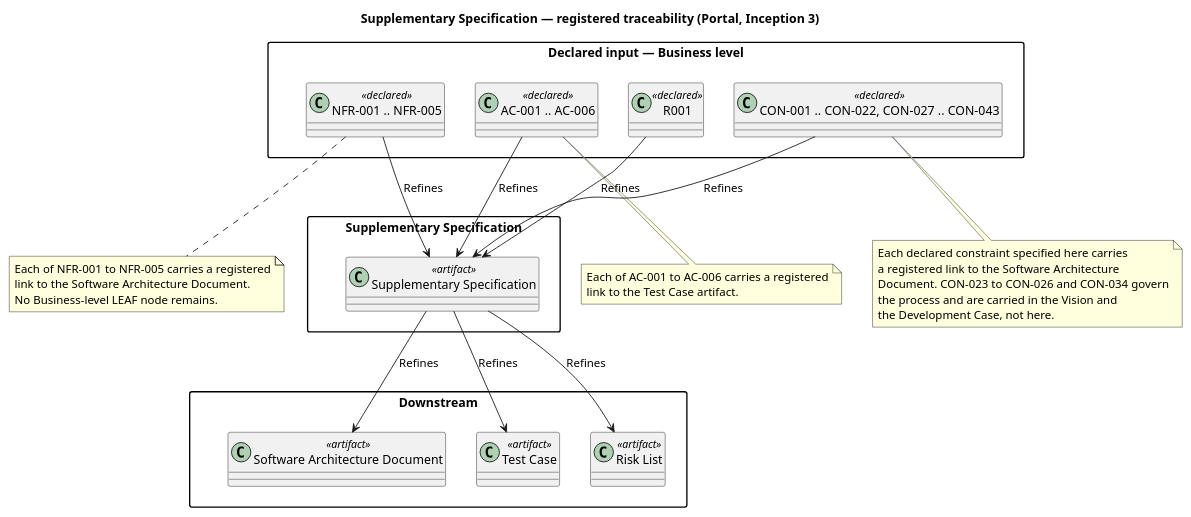
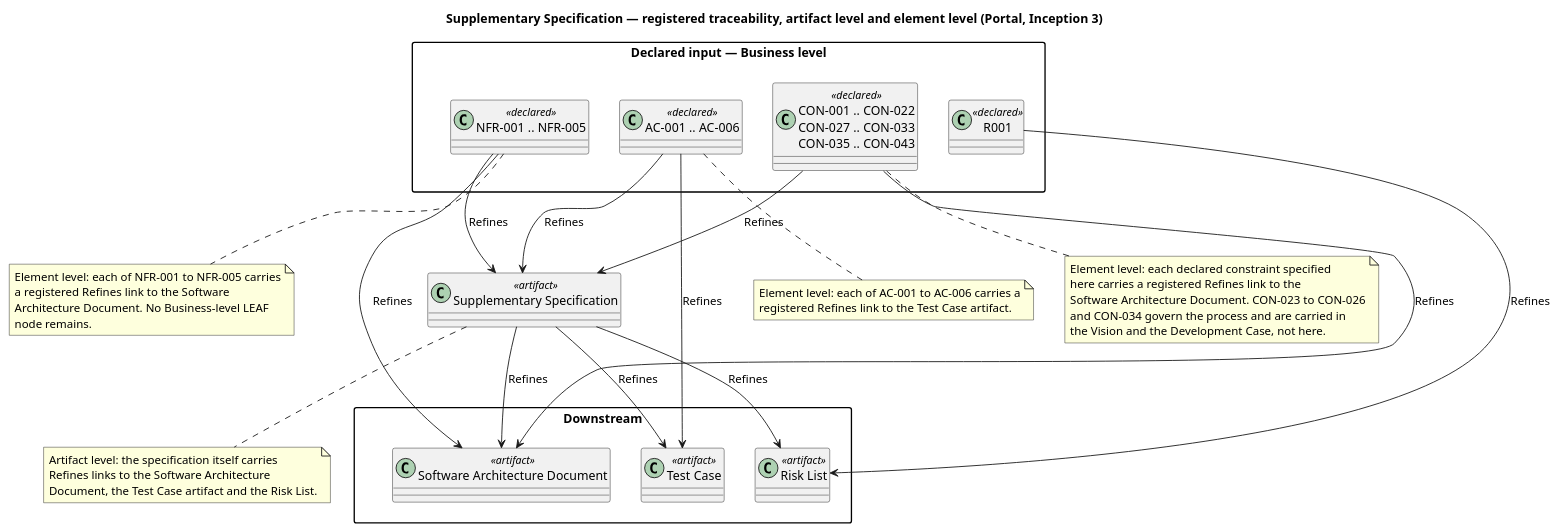
Before and after one commit to banense-test/portal: the fourth of 4 diagrams in docs/artifacts/requirements/supplementary-specification.md, drawn with PlantUML. The commit also changed other lines of this file, not shown here.

Commit message:
System Analyst [I3]: upsert Supplementary Specification
[skip ci]

````diff
--- a/docs/artifacts/requirements/supplementary-specification.md
+++ b/docs/artifacts/requirements/supplementary-specification.md
@@ -400,55 +403,63 @@
 ```plantuml
 @startuml
-title Supplementary Specification — registered traceability (Portal, Inception 3)
+title Supplementary Specification — registered traceability, artifact level and element level (Portal, Inception 3)
 
 skinparam classAttributeIconSize 0
 skinparam packageStyle rectangle
 
 package "Declared input — Business level" as DECL {
   class "NFR-001 .. NFR-005" as NFR <<declared>>
   class "AC-001 .. AC-006" as AC <<declared>>
-  class "CON-001 .. CON-022, CON-027 .. CON-043" as CON <<declared>>
+  class "CON-001 .. CON-022\nCON-027 .. CON-033\nCON-035 .. CON-043" as CON <<declared>>
   class "R001" as R <<declared>>
 }
 
-package "Supplementary Specification" as SS {
-  class "Supplementary Specification" as SSA <<artifact>>
-}
+class "Supplementary Specification" as SSA <<artifact>>
 
 package "Downstream" as DOWN {
   class "Software Architecture Document" as SAD <<artifact>>
   class "Test Case" as TC <<artifact>>
   class "Risk List" as RL <<artifact>>
 }
 
 NFR --> SSA : Refines
 AC --> SSA : Refines
 CON --> SSA : Refines
-R --> SSA : Refines
+NFR --> SAD : Refines
+CON --> SAD : Refines
+AC --> TC : Refines
+R --> RL : Refines
 SSA --> SAD : Refines
 SSA --> TC : Refines
 SSA --> RL : Refines
 
 note bottom of NFR
-  Each of NFR-001 to NFR-005 carries a registered
-  link to the Software Architecture Document.
-  No Business-level LEAF node remains.
+  Element level: each of NFR-001 to NFR-005 carries
+  a registered Refines link to the Software
+  Architecture Document. No Business-level LEAF
+  node remains.
 end note
 
 note bottom of AC
-  Each of AC-001 to AC-006 carries a registered
-  link to the Test Case artifact.
+  Element level: each of AC-001 to AC-006 carries a
+  registered Refines link to the Test Case artifact.
 end note
 
 note bottom of CON
-  Each declared constraint specified here carries
-  a registered link to the Software Architecture
-  Document. CON-023 to CON-026 and CON-034 govern
-  the process and are carried in the Vision and
-  the Development Case, not here.
+  Element level: each declared constraint specified
+  here carries a registered Refines link to the
+  Software Architecture Document. CON-023 to CON-026
+  and CON-034 govern the process and are carried in
+  the Vision and the Development Case, not here.
 end note
 
-DECL -[hidden]- SS
-SS -[hidden]- DOWN
+note bottom of SSA
+  Artifact level: the specification itself carries
+  Refines links to the Software Architecture
+  Document, the Test Case artifact and the Risk List.
+end note
+
+DECL -[hidden]- SSA
+SSA -[hidden]- DOWN
 @enduml
 ```
````
